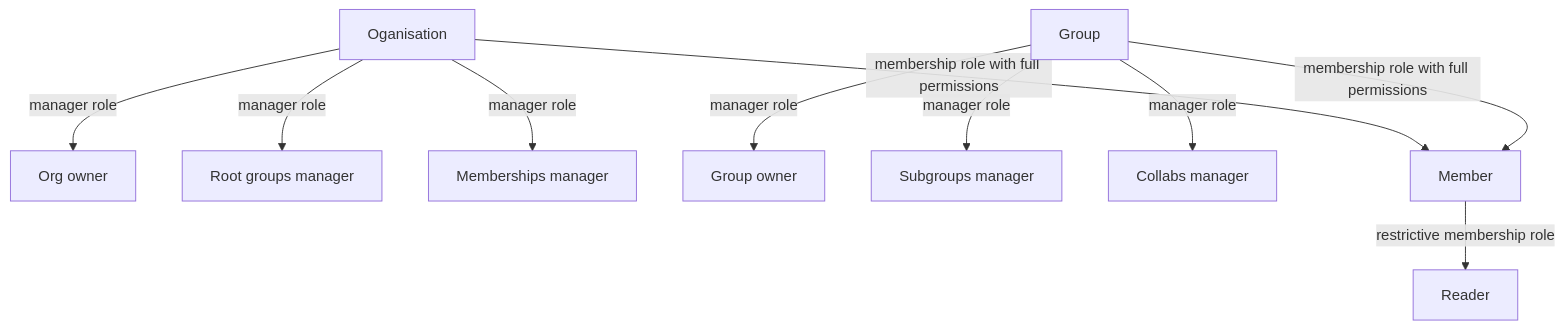
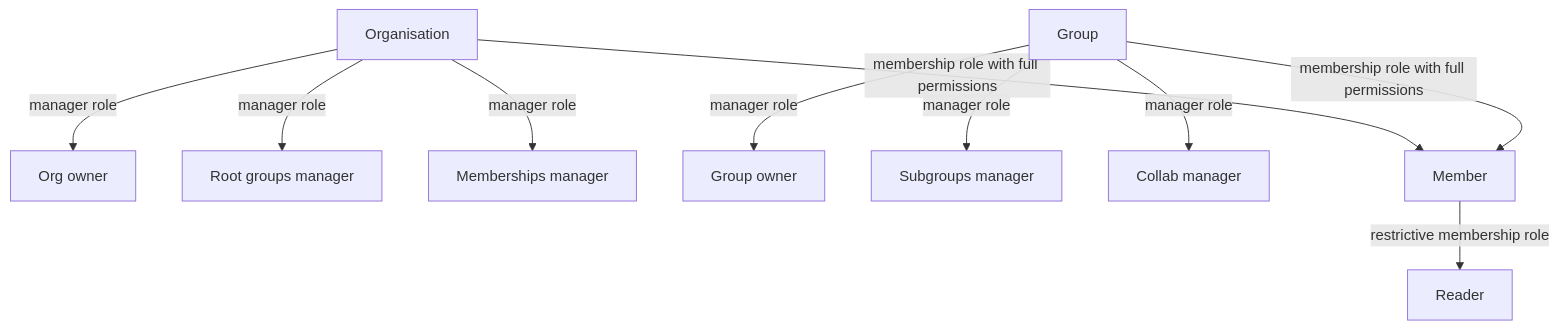
Before and after one commit to doga/qworum-domain-model: the second of 3 diagrams in README.md, drawn with Mermaid. The commit also changed other lines of this file and 19 other files, not shown here.

````diff
--- a/README.md
+++ b/README.md
@@ -192,23 +205,23 @@
 ```mermaid
 flowchart TD
-  o[Oganisation]
+  o[Organisation]
   g[Group]
   oo[Org owner]
   rgm[Root groups manager]
   omm[Memberships manager]
   go[Group owner]
   sm[Subgroups manager]
-  cm[Collabs manager]
+  cm[Collab manager]
   m[Member]
   r[Reader]
 
   o -- manager role --> oo
   o -- manager role --> rgm
   o -- manager role --> omm
   g -- manager role --> go
   g -- manager role --> sm
   g -- manager role --> cm
   o  -- membership role with full permissions --> m
   g  -- membership role with full permissions --> m
   m  -- restrictive membership role --> r
 ```
````
